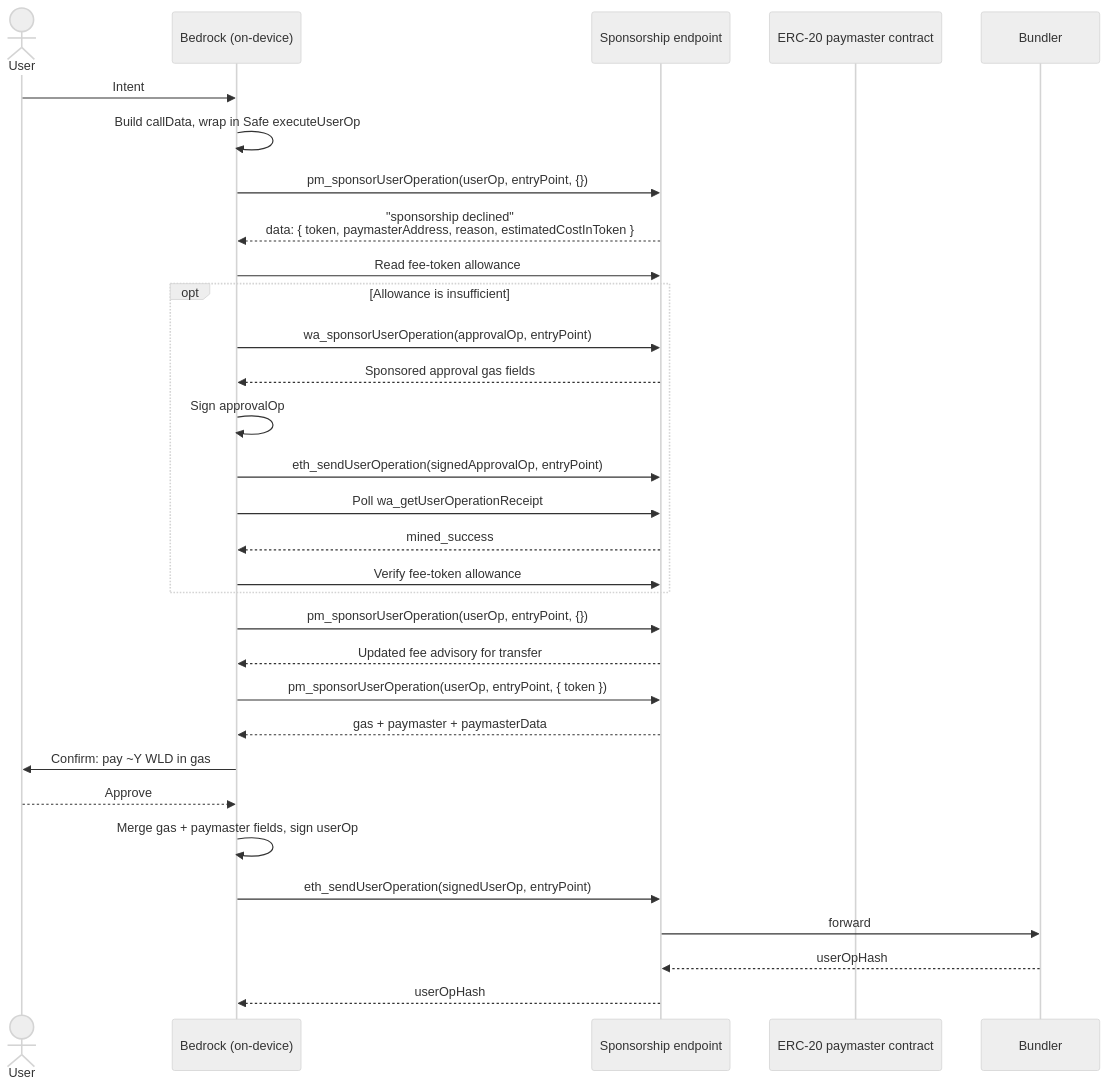
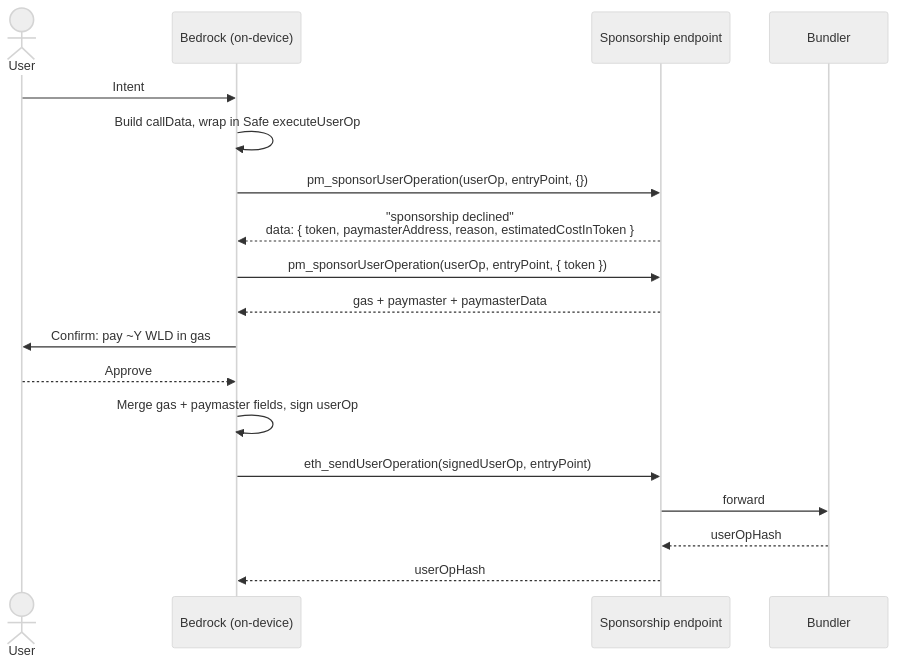
The second of 2 diagrams in bedrock/src/transactions/transaction.md (worldcoin/bedrock), drawn with Mermaid (neutral theme) before and after one commit. The commit also changed other lines of this file and 3 other files, not shown here.

Commit message:
refactor(transactions): rely on migrated paymaster allowance

````diff
--- a/bedrock/src/transactions/transaction.md
+++ b/bedrock/src/transactions/transaction.md
@@ -104,39 +103,25 @@
 ```mermaid
 sequenceDiagram
     actor User
     participant Bedrock as Bedrock (on-device)
     participant Endpoint as Sponsorship endpoint
-    participant Paymaster as ERC-20 paymaster contract
     participant Bundler
 
     User->>Bedrock: Intent
     Bedrock->>Bedrock: Build callData, wrap in Safe executeUserOp
 
     Bedrock->>Endpoint: pm_sponsorUserOperation(userOp, entryPoint, {})
     Endpoint-->>Bedrock: "sponsorship declined"<br/>data: { token, paymasterAddress, reason, estimatedCostInToken }
-
-    Bedrock->>Endpoint: Read fee-token allowance
-    opt Allowance is insufficient
-        Bedrock->>Endpoint: wa_sponsorUserOperation(approvalOp, entryPoint)
-        Endpoint-->>Bedrock: Sponsored approval gas fields
-        Bedrock->>Bedrock: Sign approvalOp
-        Bedrock->>Endpoint: eth_sendUserOperation(signedApprovalOp, entryPoint)
-        Bedrock->>Endpoint: Poll wa_getUserOperationReceipt
-        Endpoint-->>Bedrock: mined_success
-        Bedrock->>Endpoint: Verify fee-token allowance
-    end
-    Bedrock->>Endpoint: pm_sponsorUserOperation(userOp, entryPoint, {})
-    Endpoint-->>Bedrock: Updated fee advisory for transfer
 
     Bedrock->>Endpoint: pm_sponsorUserOperation(userOp, entryPoint, { token })
     Endpoint-->>Bedrock: gas + paymaster + paymasterData
 
     Bedrock->>User: Confirm: pay ~Y WLD in gas
     User-->>Bedrock: Approve
     Bedrock->>Bedrock: Merge gas + paymaster fields, sign userOp
 
     Bedrock->>Endpoint: eth_sendUserOperation(signedUserOp, entryPoint)
     Endpoint->>Bundler: forward
     Bundler-->>Endpoint: userOpHash
     Endpoint-->>Bedrock: userOpHash
 ```
````
